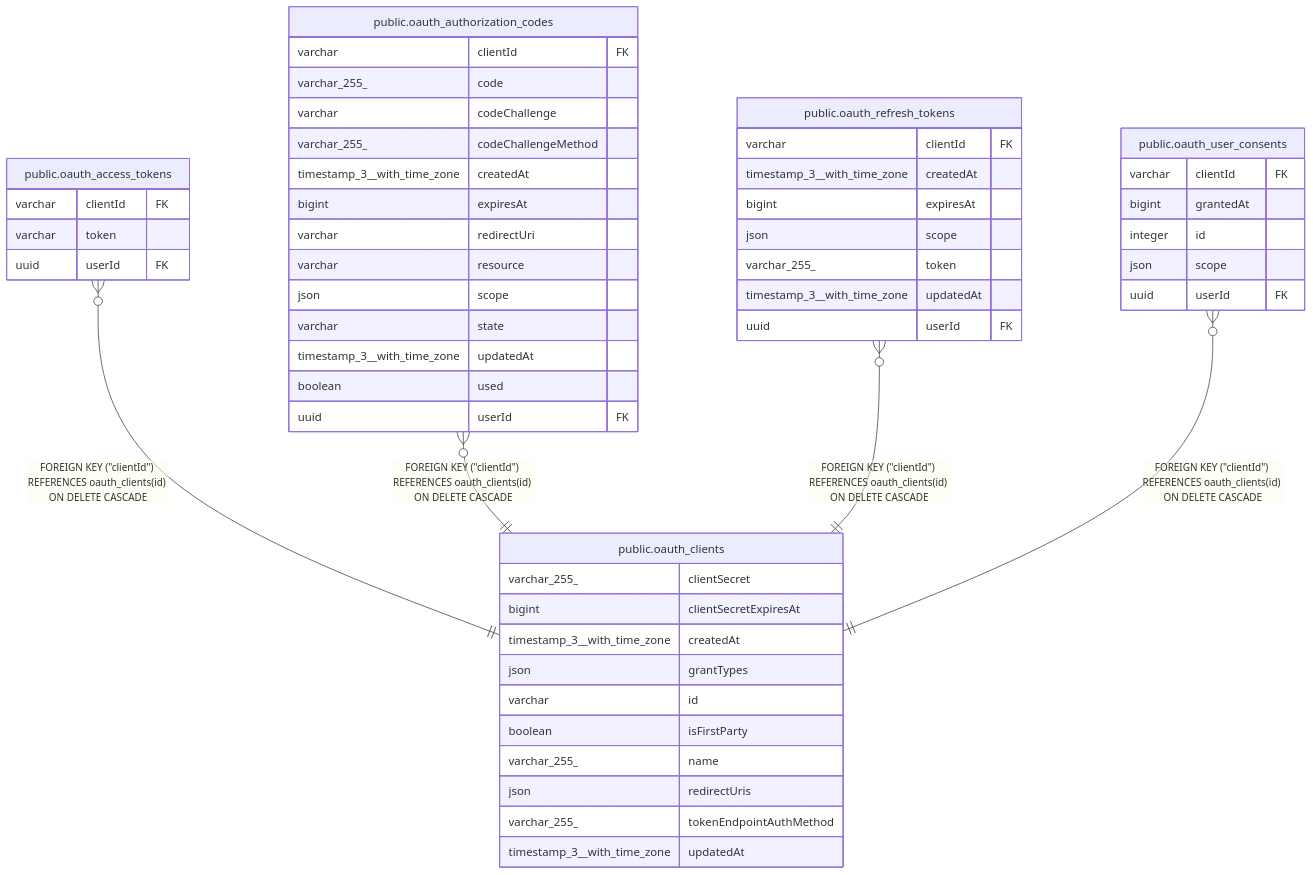
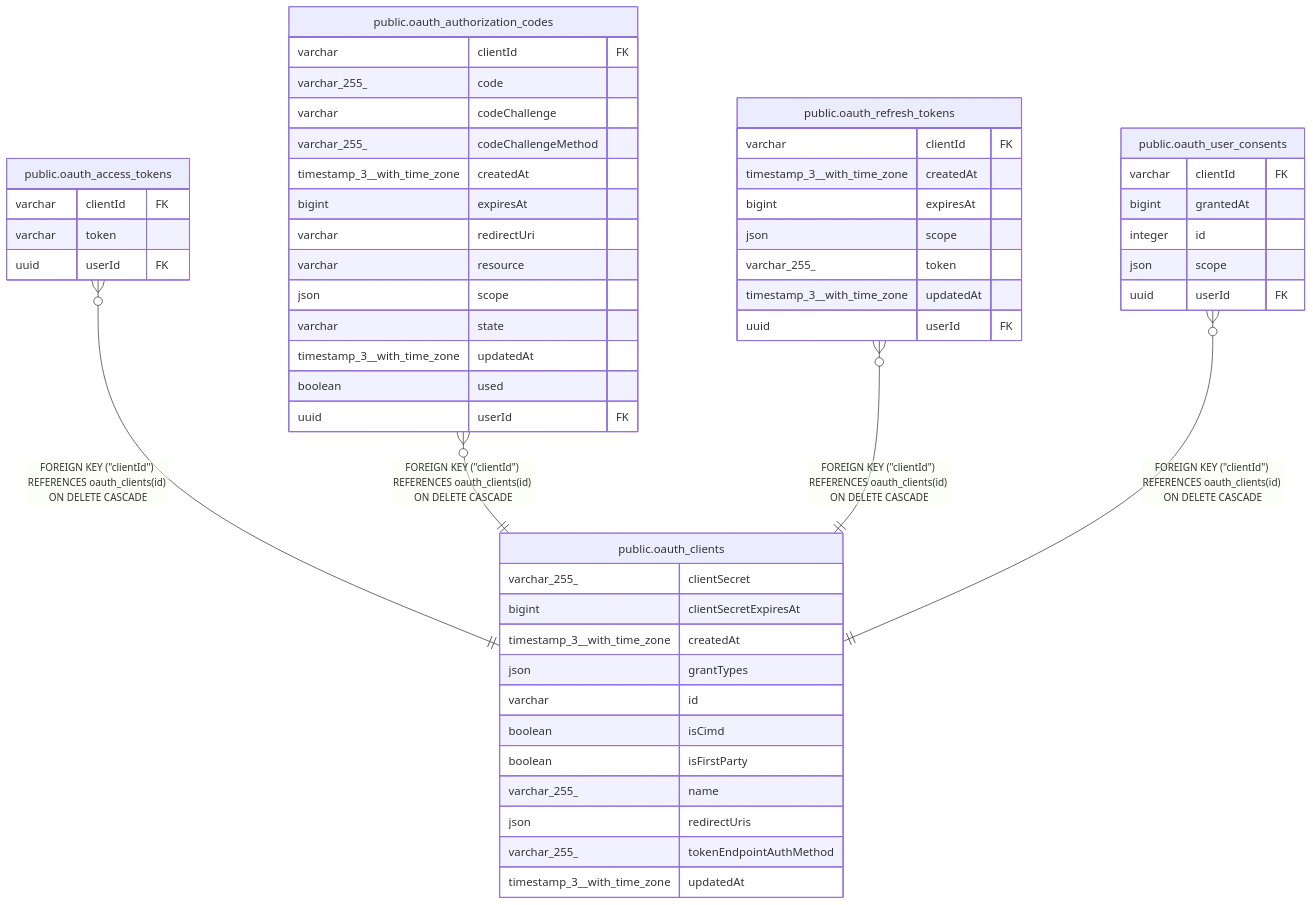
Before and after one commit to mayankjain1815-commits/n8n: the diagram in docs/generated/postgres-schema/public.oauth_clients.md, drawn with Mermaid. The commit also changed other lines of this file and 36 other files, not shown here.

````diff
--- a/docs/generated/postgres-schema/public.oauth_clients.md
+++ b/docs/generated/postgres-schema/public.oauth_clients.md
@@ -40,57 +42,58 @@
 ```mermaid
 erDiagram
 
 "public.oauth_access_tokens" }o--|| "public.oauth_clients" : "FOREIGN KEY (#quot;clientId#quot;) REFERENCES oauth_clients(id) ON DELETE CASCADE"
 "public.oauth_authorization_codes" }o--|| "public.oauth_clients" : "FOREIGN KEY (#quot;clientId#quot;) REFERENCES oauth_clients(id) ON DELETE CASCADE"
 "public.oauth_refresh_tokens" }o--|| "public.oauth_clients" : "FOREIGN KEY (#quot;clientId#quot;) REFERENCES oauth_clients(id) ON DELETE CASCADE"
 "public.oauth_user_consents" }o--|| "public.oauth_clients" : "FOREIGN KEY (#quot;clientId#quot;) REFERENCES oauth_clients(id) ON DELETE CASCADE"
 
 "public.oauth_clients" {
   varchar_255_ clientSecret
   bigint clientSecretExpiresAt
   timestamp_3__with_time_zone createdAt
   json grantTypes
   varchar id
+  boolean isCimd
   boolean isFirstParty
   varchar_255_ name
   json redirectUris
   varchar_255_ tokenEndpointAuthMethod
   timestamp_3__with_time_zone updatedAt
 }
 "public.oauth_access_tokens" {
   varchar clientId FK
   varchar token
   uuid userId FK
 }
 "public.oauth_authorization_codes" {
   varchar clientId FK
   varchar_255_ code
   varchar codeChallenge
   varchar_255_ codeChallengeMethod
   timestamp_3__with_time_zone createdAt
   bigint expiresAt
   varchar redirectUri
   varchar resource
   json scope
   varchar state
   timestamp_3__with_time_zone updatedAt
   boolean used
   uuid userId FK
 }
 "public.oauth_refresh_tokens" {
   varchar clientId FK
   timestamp_3__with_time_zone createdAt
   bigint expiresAt
   json scope
   varchar_255_ token
   timestamp_3__with_time_zone updatedAt
   uuid userId FK
 }
 "public.oauth_user_consents" {
   varchar clientId FK
   bigint grantedAt
   integer id
   json scope
   uuid userId FK
 }
 ```
````
